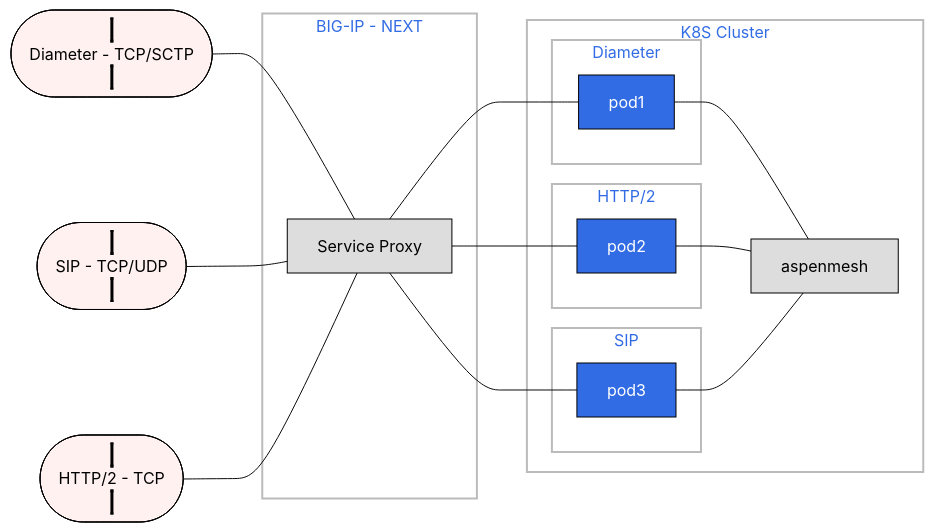
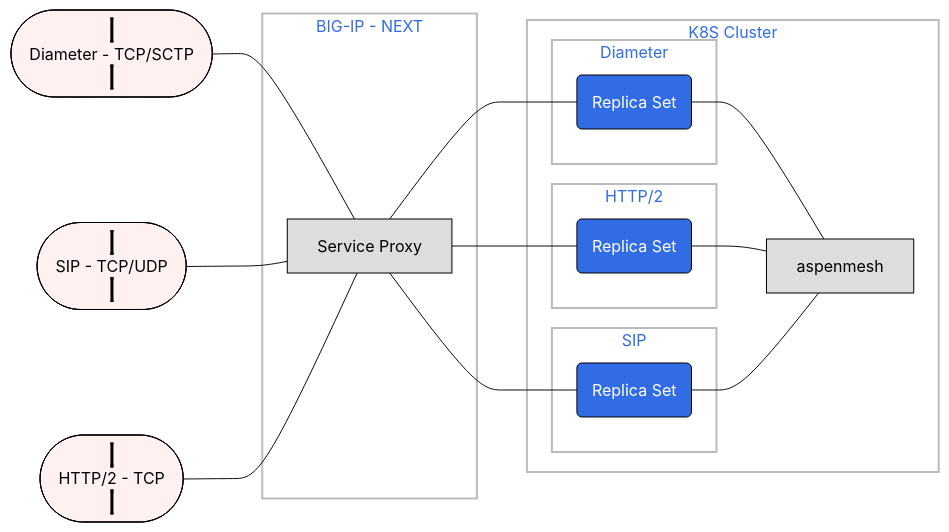
One commit to robinmordasiewicz/faq changed the diagram in intro.mmd. Above: the diagram before and after it, drawn with Mermaid.

Commit message:
updating intro

```diff
--- a/intro.mmd
+++ b/intro.mmd
@@ -1,35 +1,35 @@
 %%{init: {'theme': 'base', 'themeVariables': { 'primaryColor': '#ffcccc', 'edgeLabelBackground':'#ffffee', 'tertiaryColor': '#fff0f0'}}}%%
 graph LR;
     a([Diameter - TCP/SCTP]) --- spk[Service Proxy]
     b([SIP - TCP/UDP]) --- spk
     c([HTTP/2 - TCP]) --- spk
 
     subgraph bigipnext [BIG-IP - NEXT]
         spk
     end
-        spk --- pod1
-        spk --- pod2
-        spk --- pod3
+        spk --- pod1(Replica Set)
+        spk --- pod2(Replica Set)
+        spk --- pod3(Replica Set)
     subgraph k8scluster [K8S Cluster]
         subgraph "Diameter"
             pod1
         end
         subgraph "HTTP/2"
             pod2
         end
         subgraph "SIP"
             pod3
         end
         pod1 --- aspenmesh
         pod2 --- aspenmesh
         pod3 --- aspenmesh
     end
  
    classDef protocols fill:#fff1f0,stroke:#000000,stroke-width:1px,color:#000,border-style:solid;
    classDef f5 fill:#ddd,stroke:#000000,stroke-width:1px,color:#000;
    classDef k8s fill:#326ce5,stroke:#000000,stroke-width:1px,color:#ffffff;
    classDef cluster fill:#fff,stroke:#bbb,stroke-width:2px,color:#326ce5;
    class a,b,c protocols;
    class spk,aspenmesh f5;
    class pod1,pod2,pod3,pod4,pod5,pod6 k8s;
    class k8scluster cluster;
```
